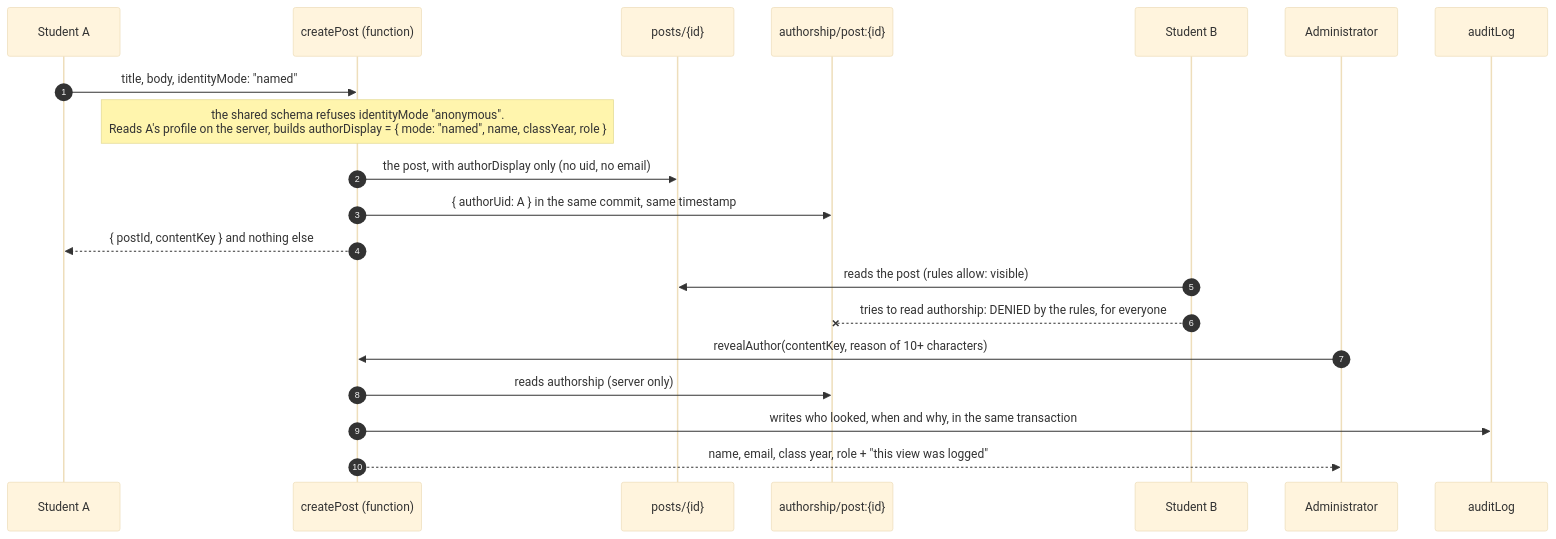
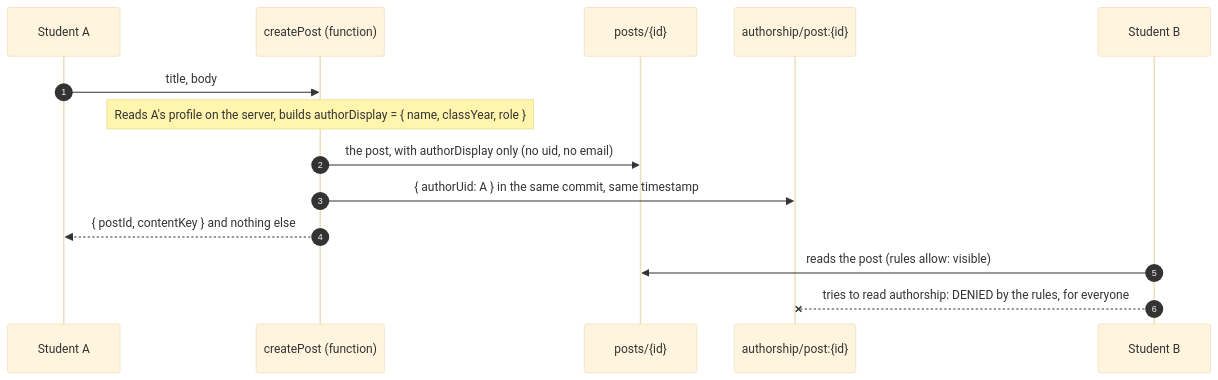
One commit to jaydenaleung/nobles-reddit changed the second of 2 diagrams in docs/ARCHITECTURE.md. Above: the diagram before and after it, drawn with Mermaid (base theme). The commit also changed other lines of this file and 50 other files, not shown here.

````diff
--- a/docs/ARCHITECTURE.md
+++ b/docs/ARCHITECTURE.md
@@ -36,23 +36,17 @@
 ```mermaid
 sequenceDiagram
   autonumber
   participant A as Student A
   participant F as createPost (function)
   participant P as posts/{id}
   participant S as authorship/post:{id}
   participant B as Student B
-  participant Adm as Administrator
-  participant L as auditLog
 
-  A->>F: title, body, identityMode: "named"
-  Note over F: the shared schema refuses identityMode "anonymous".<br/>Reads A's profile on the server, builds authorDisplay = { mode: "named", name, classYear, role }
+  A->>F: title, body
+  Note over F: Reads A's profile on the server, builds authorDisplay = { name, classYear, role }
   F->>P: the post, with authorDisplay only (no uid, no email)
   F->>S: { authorUid: A } in the same commit, same timestamp
   F-->>A: { postId, contentKey } and nothing else
   B->>P: reads the post (rules allow: visible)
   B--xS: tries to read authorship: DENIED by the rules, for everyone
-  Adm->>F: revealAuthor(contentKey, reason of 10+ characters)
-  F->>S: reads authorship (server only)
-  F->>L: writes who looked, when and why, in the same transaction
-  F-->>Adm: name, email, class year, role + "this view was logged"
 ```
````
